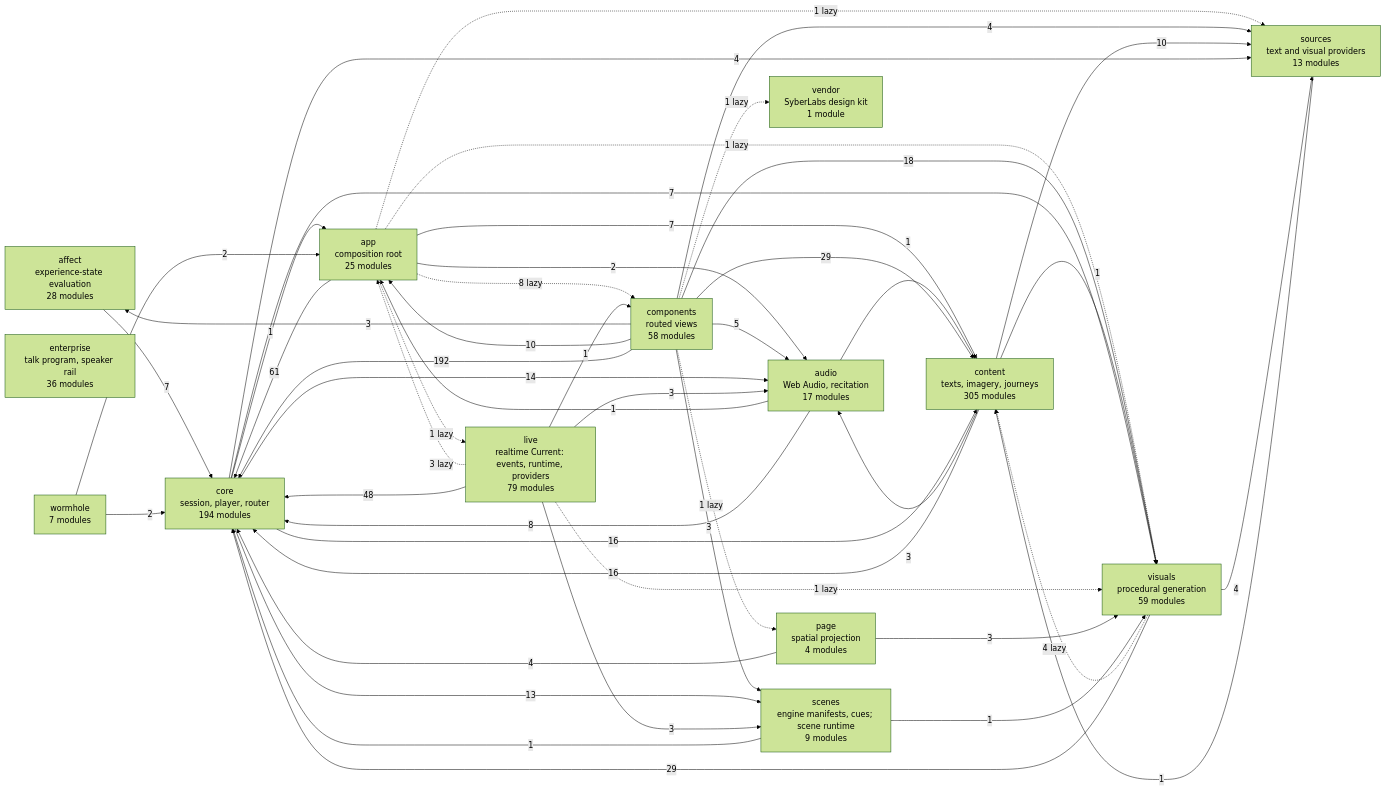
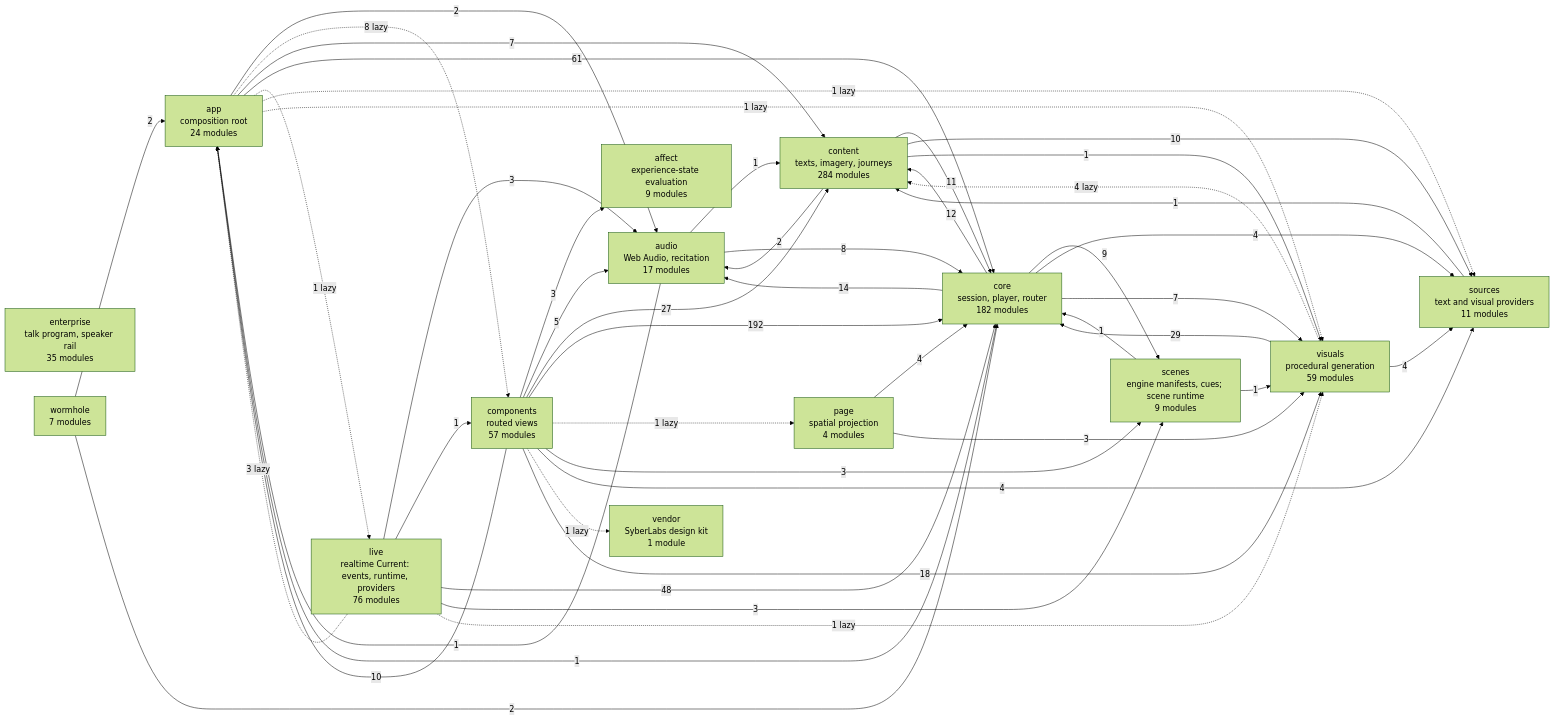
One commit to SyberLabs/RISE changed the diagram in docs/specs/ARCHITECTURE.md. Above: the diagram before and after it, drawn with Mermaid (forest theme). The commit also changed other lines of this file and 208 other files, not shown here.

Commit message:
Delete test-only code, the switched-off Realtime route, Gate 0, Journeys, acquisition and dev-only plugins

````diff
--- a/docs/specs/ARCHITECTURE.md
+++ b/docs/specs/ARCHITECTURE.md
@@ -161,65 +161,64 @@
 ```mermaid
 flowchart LR
-    affect["affect<br/>experience-state evaluation<br/>28 modules"]
-    app["app<br/>composition root<br/>25 modules"]
+    affect["affect<br/>experience-state evaluation<br/>9 modules"]
+    app["app<br/>composition root<br/>24 modules"]
     audio["audio<br/>Web Audio, recitation<br/>17 modules"]
-    components["components<br/>routed views<br/>58 modules"]
-    content["content<br/>texts, imagery, journeys<br/>305 modules"]
-    core["core<br/>session, player, router<br/>194 modules"]
-    enterprise["enterprise<br/>talk program, speaker rail<br/>36 modules"]
-    live["live<br/>realtime Current: events, runtime, providers<br/>79 modules"]
+    components["components<br/>routed views<br/>57 modules"]
+    content["content<br/>texts, imagery, journeys<br/>284 modules"]
+    core["core<br/>session, player, router<br/>182 modules"]
+    enterprise["enterprise<br/>talk program, speaker rail<br/>35 modules"]
+    live["live<br/>realtime Current: events, runtime, providers<br/>76 modules"]
     page["page<br/>spatial projection<br/>4 modules"]
     scenes["scenes<br/>engine manifests, cues; scene runtime<br/>9 modules"]
-    sources["sources<br/>text and visual providers<br/>13 modules"]
+    sources["sources<br/>text and visual providers<br/>11 modules"]
     vendor["vendor<br/>SyberLabs design kit<br/>1 module"]
     visuals["visuals<br/>procedural generation<br/>59 modules"]
     wormhole["wormhole<br/>7 modules"]
 
-    affect --> |7| core
     app --> |2| audio
     app -.-> |8 lazy| components
     app --> |7| content
     app --> |61| core
     app -.-> |1 lazy| live
     app -.-> |1 lazy| sources
     app -.-> |1 lazy| visuals
     audio --> |1| app
     audio --> |1| content
     audio --> |8| core
     components --> |3| affect
     components --> |10| app
     components --> |5| audio
-    components --> |29| content
+    components --> |27| content
     components --> |192| core
     components -.-> |1 lazy| page
     components --> |3| scenes
     components --> |4| sources
     components -.-> |1 lazy| vendor
     components --> |18| visuals
-    content --> |3| audio
-    content --> |16| core
+    content --> |2| audio
+    content --> |11| core
     content --> |10| sources
     content --> |1| visuals
     core --> |1| app
     core --> |14| audio
-    core --> |16| content
-    core --> |13| scenes
+    core --> |12| content
+    core --> |9| scenes
     core --> |4| sources
     core --> |7| visuals
     live -.-> |3 lazy| app
     live --> |3| audio
     live --> |1| components
     live --> |48| core
     live --> |3| scenes
     live -.-> |1 lazy| visuals
     page --> |4| core
     page --> |3| visuals
     scenes --> |1| core
     scenes --> |1| visuals
     sources --> |1| content
     visuals -.-> |4 lazy| content
     visuals --> |29| core
     visuals --> |4| sources
     wormhole --> |2| app
     wormhole --> |2| core
 ```
````
